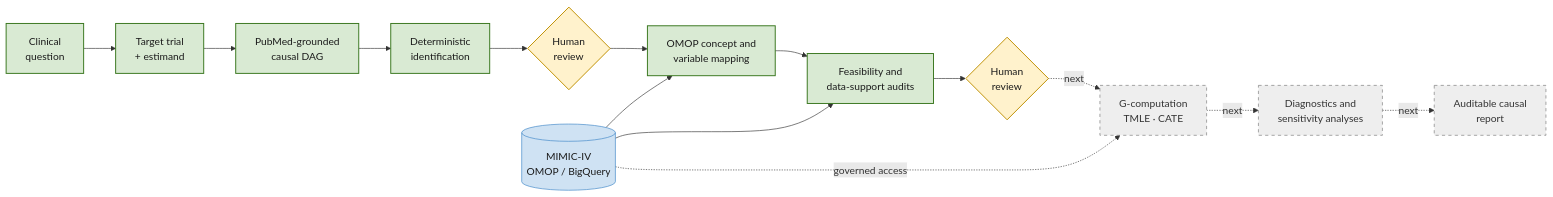
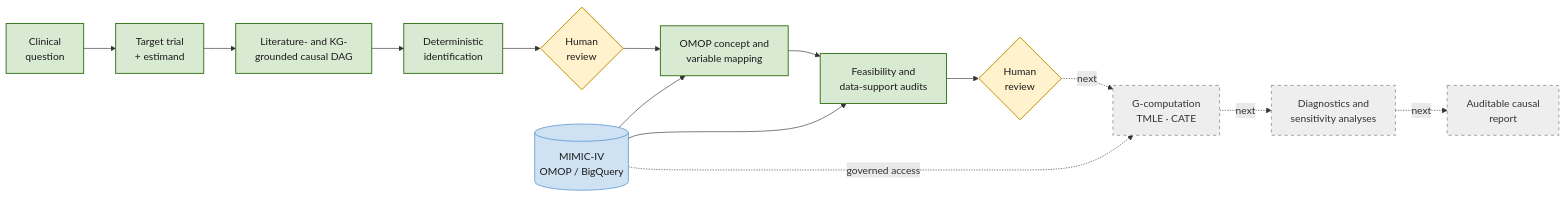
The third of 3 diagrams in docs/project_architecture_diagrams.md (ji-ch01/CausalOMOP), drawn with Mermaid before and after one commit. The commit also changed other lines of this file and 4 other files, not shown here.

First line of the commit message:
Update architecture docs and diagram for the DAG-grounding pipeline

````diff
--- a/docs/project_architecture_diagrams.md
+++ b/docs/project_architecture_diagrams.md
@@ -283,26 +298,26 @@
 ```mermaid
 flowchart LR
     Q["Clinical<br/>question"] --> T["Target trial<br/>+ estimand"]
-    T --> L["PubMed-grounded<br/>causal DAG"]
+    T --> L["Literature- and KG-<br/>grounded causal DAG"]
     L --> I["Deterministic<br/>identification"]
     I --> H1{"Human<br/>review"}
     H1 --> M["OMOP concept and<br/>variable mapping"]
     M --> F["Feasibility and<br/>data-support audits"]
     F --> H2{"Human<br/>review"}
     H2 -. next .-> E["G-computation<br/>TMLE · CATE"]
     E -. next .-> D["Diagnostics and<br/>sensitivity analyses"]
     D -. next .-> R["Auditable causal<br/>report"]
 
     OMOP[("MIMIC-IV<br/>OMOP / BigQuery")] --> M
     OMOP --> F
     OMOP -. governed access .-> E
 
     classDef done fill:#d9ead3,stroke:#38761d,color:#1b1b1b,stroke-width:1.5px;
     classDef review fill:#fff2cc,stroke:#bf9000,color:#1b1b1b,stroke-width:1.5px;
     classDef next fill:#eeeeee,stroke:#777777,color:#333333,stroke-dasharray:5 5;
     classDef data fill:#cfe2f3,stroke:#3d85c6,color:#1b1b1b;
     class Q,T,L,I,M,F done;
     class H1,H2 review;
     class E,D,R next;
     class OMOP data;
 ```
````
